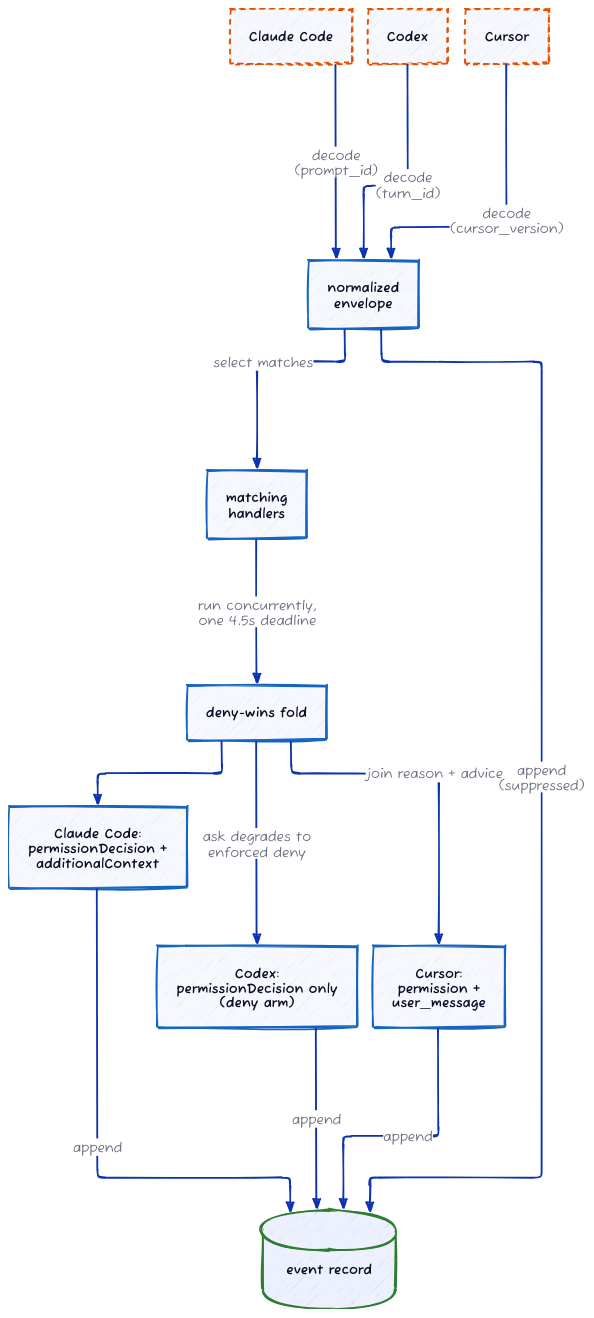
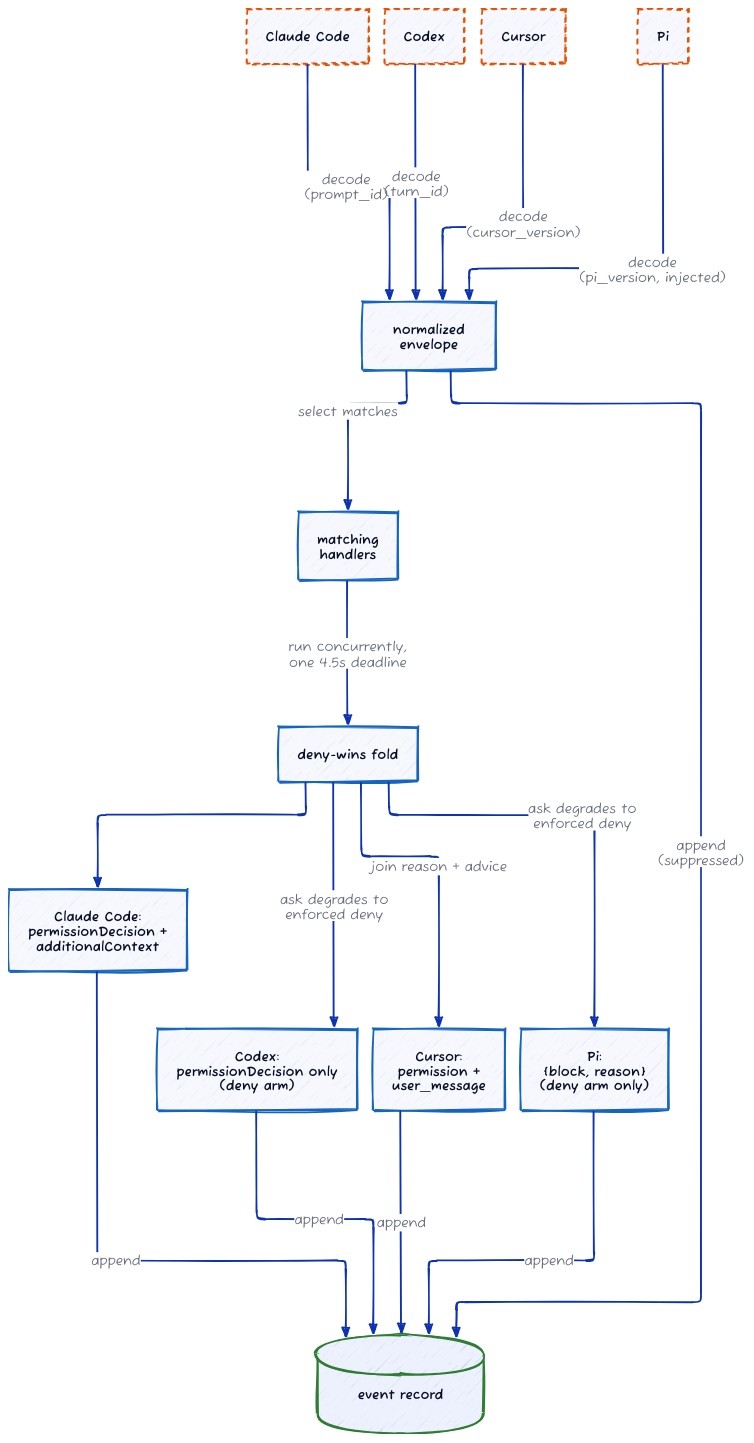
One commit to noamsto/hookyard changed the diagram in docs/diagrams/routing.d2. Above: the diagram before and after it, drawn with D2. The commit also changed 40 other files, not shown here.

```diff
--- a/docs/diagrams/routing.d2
+++ b/docs/diagrams/routing.d2
@@ -1,32 +1,37 @@
 vars: { d2-config: { layout-engine: elk; sketch: true; pad: 16 } }
 direction: down
 
 classes: {
   ext:   { style: { stroke: "#E65100"; stroke-width: 2; stroke-dash: 3 } }
   core:  { style: { stroke: "#1565C0"; stroke-width: 2 } }
   store: { shape: cylinder; style: { stroke: "#2E7D32"; stroke-width: 2 } }
 }
 
 claude: "Claude Code" { class: ext }
 codex: "Codex" { class: ext }
 cursor: "Cursor" { class: ext }
+pi: "Pi" { class: ext }
 envelope: "normalized\nenvelope" { class: core }
 handlers: "matching\nhandlers" { class: core }
 fold: "deny-wins fold" { class: core }
 ccOut: "Claude Code:\npermissionDecision +\nadditionalContext" { class: core }
 cxOut: "Codex:\npermissionDecision only\n(deny arm)" { class: core }
 cuOut: "Cursor:\npermission +\nuser_message" { class: core }
+piOut: "Pi:\n{block, reason}\n(deny arm only)" { class: core }
 record: "event record" { class: store }
 
 claude -> envelope: decode\n(prompt_id)
 codex -> envelope: decode\n(turn_id)
 cursor -> envelope: decode\n(cursor_version)
+pi -> envelope: decode\n(pi_version, injected)
 envelope -> handlers: select matches
 envelope -> record: append\n(suppressed)
 handlers -> fold: run concurrently,\none 4.5s deadline
 fold -> ccOut
 fold -> cxOut: ask degrades to\nenforced deny
 fold -> cuOut: join reason + advice
+fold -> piOut: ask degrades to\nenforced deny
 ccOut -> record: append
 cxOut -> record: append
 cuOut -> record: append
+piOut -> record: append
```
